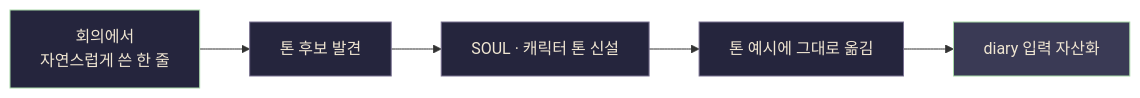
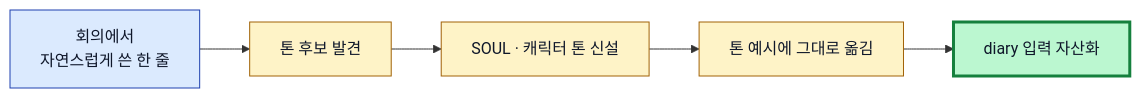
The diagram in content/diary/a/15.md (linisia/eric-company), drawn with Mermaid before and after one commit. The commit also changed 6 other files, not shown here.

First line of the commit message:
fix(mermaid): 다크모드 가시성 회복 — 라이트 노드 + 다크 텍스트 통일

````diff
--- a/content/diary/a/15.md
+++ b/content/diary/a/15.md
@@ -30,13 +30,13 @@
 ```mermaid
 flowchart LR
     A[회의에서<br/>자연스럽게 쓴 한 줄] --> B[톤 후보 발견]
     B --> C[SOUL · 캐릭터 톤 신설]
     C --> D[톤 예시에 그대로 옮김]
     D --> E[diary 입력 자산화]
 
-    style A fill:#25253d,color:#f0e6d2,stroke:#a8d8a8
-    style B fill:#25253d,color:#f0e6d2,stroke:#787090
-    style C fill:#25253d,color:#f0e6d2,stroke:#787090
-    style D fill:#25253d,color:#f0e6d2,stroke:#787090
-    style E fill:#3a3a55,color:#f0e6d2,stroke:#a8d8a8
+    style A fill:#dbeafe,stroke:#1e40af,color:#0f172a
+    style B fill:#fef3c7,stroke:#a16207,color:#0f172a
+    style C fill:#fef3c7,stroke:#a16207,color:#0f172a
+    style D fill:#fef3c7,stroke:#a16207,color:#0f172a
+    style E fill:#bbf7d0,stroke:#15803d,stroke-width:3px,color:#0f172a
 ```
````
